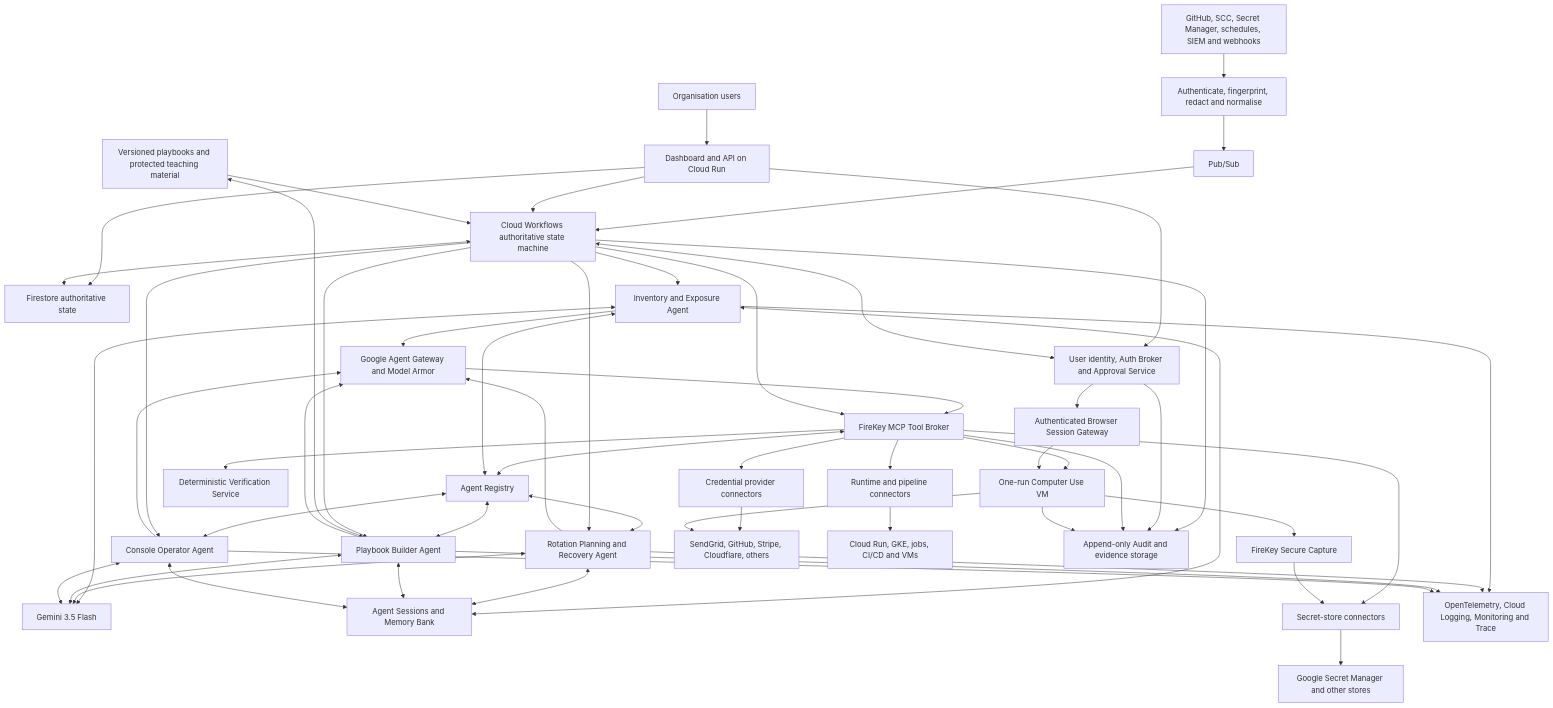
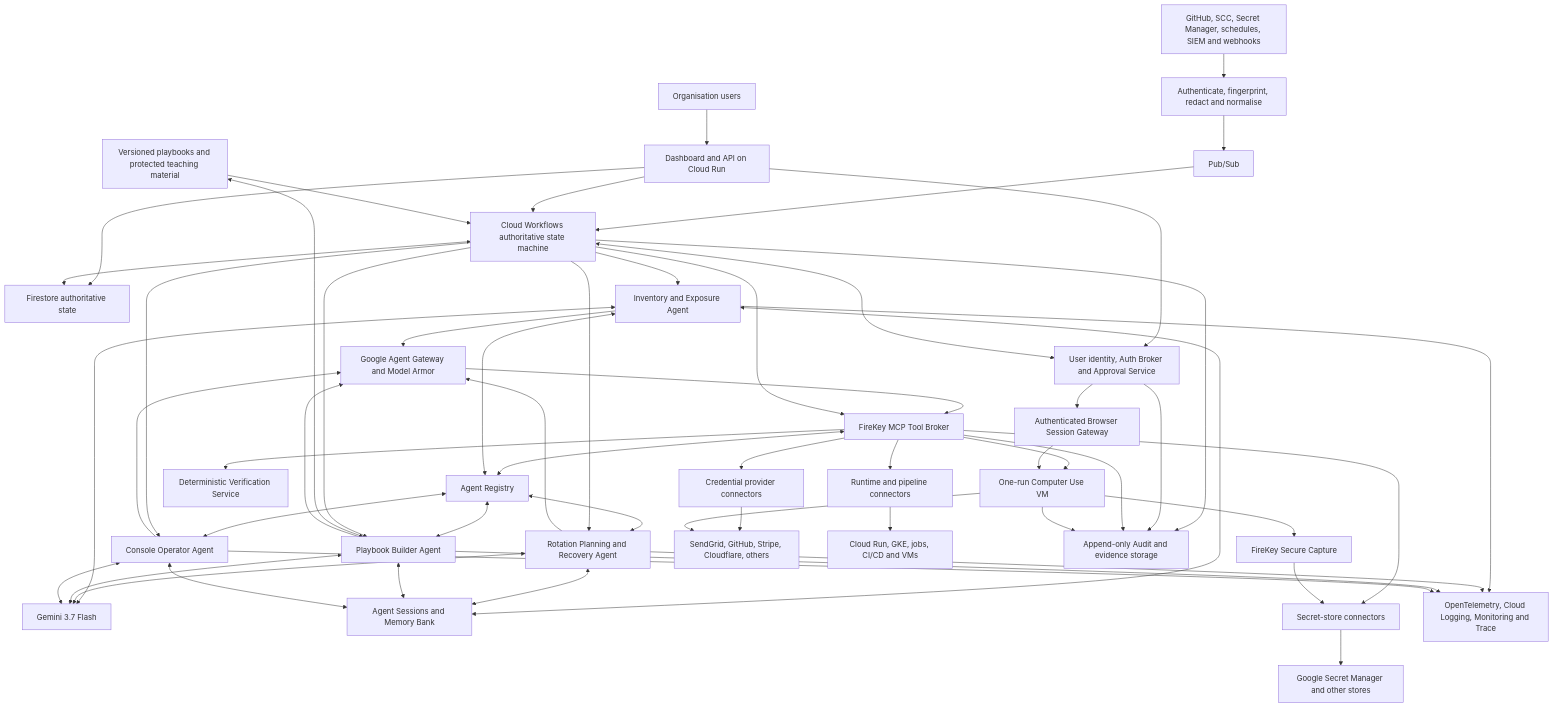
One commit to chigozzdevv/uumi changed the fourth of 4 diagrams in firekey.md. Above: the diagram before and after it, drawn with Mermaid. The commit also changed other lines of this file and 5 other files, not shown here.

Commit message:
feat: upgrade model defaults to gemini 3.7 flash

````diff
--- a/firekey.md
+++ b/firekey.md
@@ -1302,65 +1302,65 @@
 ```mermaid
 flowchart TB
     USERS["Organisation users"] --> UI["Dashboard and API on Cloud Run"]
     UI --> HUMAN["User identity, Auth Broker and Approval Service"]
     UI --> FS["Firestore authoritative state"]
 
     SOURCES["GitHub, SCC, Secret Manager, schedules, SIEM and webhooks"] --> ING["Authenticate, fingerprint, redact and normalise"]
     ING --> PS["Pub/Sub"]
     PS --> WF["Cloud Workflows authoritative state machine"]
     UI --> WF
     WF <--> FS
     WF <--> HUMAN
 
     REG["Agent Registry"] <--> INV["Inventory and Exposure Agent"]
     REG <--> PLAN["Rotation Planning and Recovery Agent"]
     REG <--> BUILD["Playbook Builder Agent"]
     REG <--> CONSOLE["Console Operator Agent"]
     WF --> INV
     WF --> PLAN
     WF --> BUILD
     WF --> CONSOLE
-    INV <--> GEMINI["Gemini 3.5 Flash"]
+    INV <--> GEMINI["Gemini 3.7 Flash"]
     PLAN <--> GEMINI
     BUILD <--> GEMINI
     CONSOLE <--> GEMINI
     INV <--> CTX["Agent Sessions and Memory Bank"]
     PLAN <--> CTX
     BUILD <--> CTX
     CONSOLE <--> CTX
 
     PLAYBOOKS["Versioned playbooks and protected teaching material"] <--> BUILD
     PLAYBOOKS --> WF
 
     INV --> AGW["Google Agent Gateway and Model Armor"]
     PLAN --> AGW
     BUILD --> AGW
     CONSOLE --> AGW
     AGW --> BROKER["FireKey MCP Tool Broker"]
     WF --> BROKER
     BROKER <--> REG
 
     BROKER --> PROVIDER["Credential provider connectors"]
     BROKER --> SECRET["Secret-store connectors"]
     BROKER --> RUNTIME["Runtime and pipeline connectors"]
     BROKER --> VERIFY["Deterministic Verification Service"]
     BROKER --> VM["One-run Computer Use VM"]
     HUMAN --> STREAM["Authenticated Browser Session Gateway"]
     STREAM --> VM
     VM --> CAPTURE["FireKey Secure Capture"]
     CAPTURE --> SECRET
 
     PROVIDER --> SAAS["SendGrid, GitHub, Stripe, Cloudflare, others"]
     VM --> SAAS
     SECRET --> GSM["Google Secret Manager and other stores"]
     RUNTIME --> COMPUTE["Cloud Run, GKE, jobs, CI/CD and VMs"]
 
     WF --> AUDIT["Append-only Audit and evidence storage"]
     HUMAN --> AUDIT
     BROKER --> AUDIT
     VM --> AUDIT
     INV --> OBS["OpenTelemetry, Cloud Logging, Monitoring and Trace"]
     PLAN --> OBS
     BUILD --> OBS
     CONSOLE --> OBS
 ```
````
